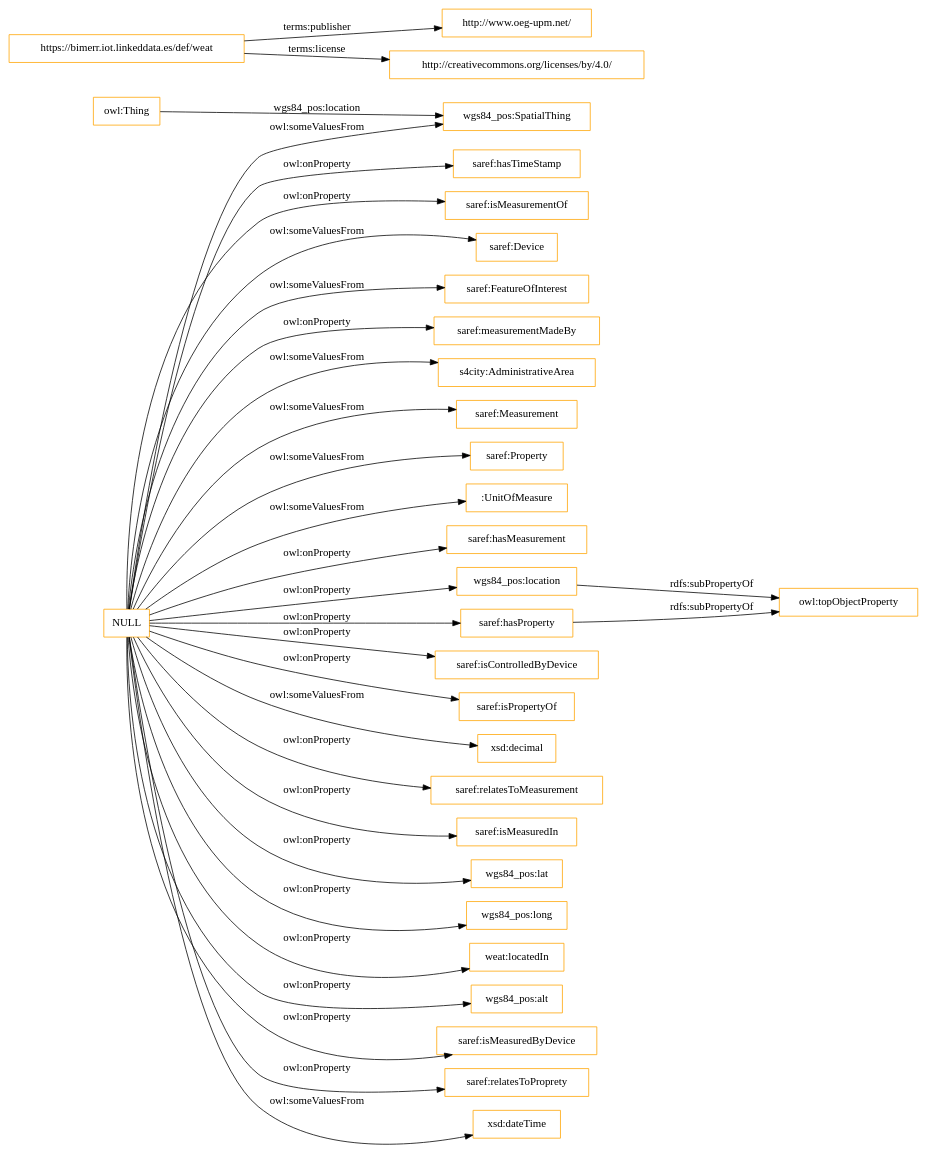
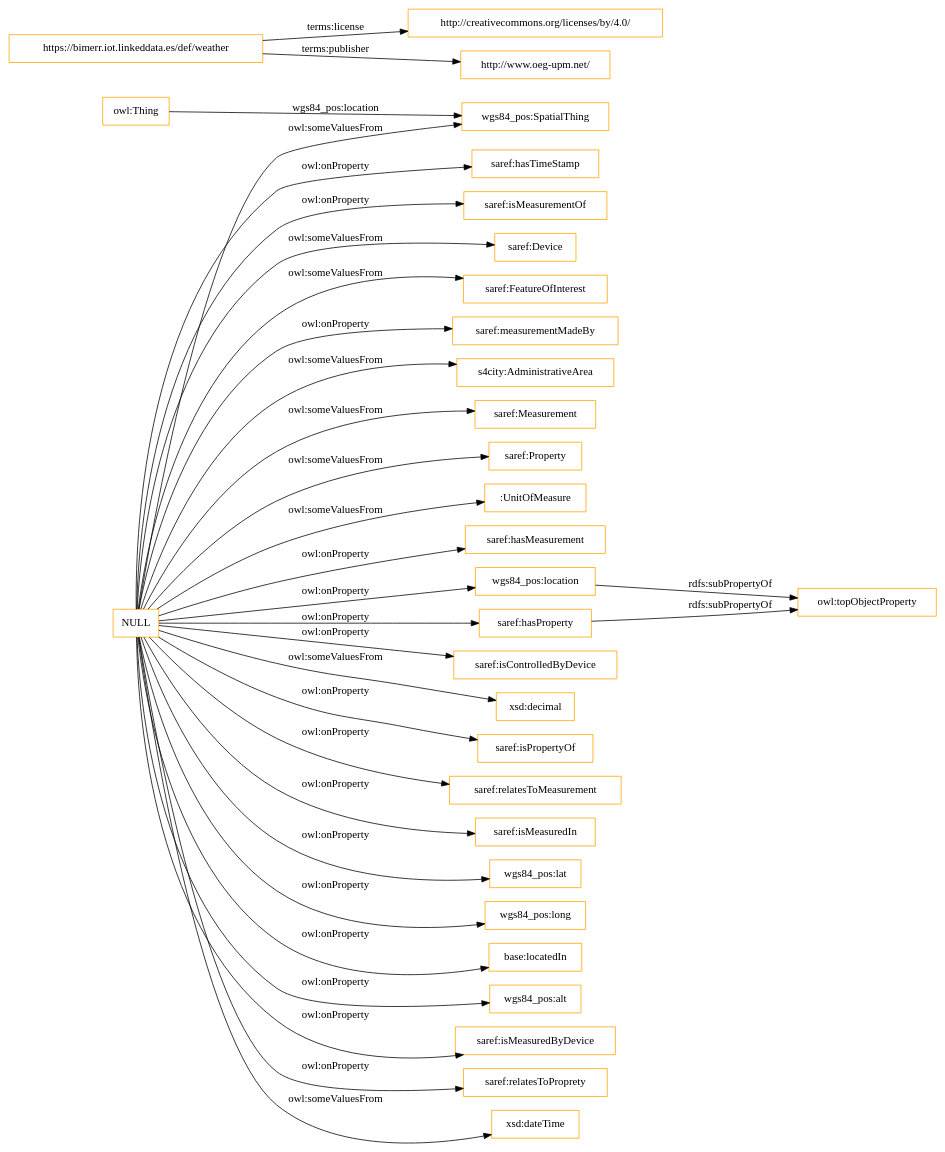
One commit to oeg-upm/bimerr-weather changed the diagram in OnToology/Ontology/ontology.owl/diagrams/ar2dtool-class/ontology.owl.png.dot. Above: the diagram before and after it, drawn with Graphviz. The commit also changed 70 other files, not shown here.

```diff
--- a/OnToology/Ontology/ontology.owl/diagrams/ar2dtool-class/ontology.owl.png.dot
+++ b/OnToology/Ontology/ontology.owl/diagrams/ar2dtool-class/ontology.owl.png.dot
@@ -1,36 +1,36 @@
 digraph ar2dtool_diagram { 
 rankdir=LR;
 size="1501"
 node [shape = rectangle, color="orange"]; "saref:Device" "saref:FeatureOfInterest" "wgs84_pos:SpatialThing" "s4city:AdministrativeArea" "saref:Measurement" "saref:Property" ":UnitOfMeasure" ; /*classes style*/
 	"NULL" -> "saref:hasMeasurement" [ label = "owl:onProperty" ];
 	"NULL" -> "wgs84_pos:location" [ label = "owl:onProperty" ];
 	"NULL" -> "saref:isControlledByDevice" [ label = "owl:onProperty" ];
 	"NULL" -> ":UnitOfMeasure" [ label = "owl:someValuesFrom" ];
 	"NULL" -> "saref:Property" [ label = "owl:someValuesFrom" ];
 	"NULL" -> "saref:Device" [ label = "owl:someValuesFrom" ];
+	"NULL" -> "xsd:decimal" [ label = "owl:someValuesFrom" ];
 	"NULL" -> "saref:isPropertyOf" [ label = "owl:onProperty" ];
-	"NULL" -> "xsd:decimal" [ label = "owl:someValuesFrom" ];
 	"NULL" -> "saref:relatesToMeasurement" [ label = "owl:onProperty" ];
 	"NULL" -> "saref:isMeasuredIn" [ label = "owl:onProperty" ];
 	"NULL" -> "wgs84_pos:lat" [ label = "owl:onProperty" ];
 	"NULL" -> "wgs84_pos:SpatialThing" [ label = "owl:someValuesFrom" ];
 	"NULL" -> "wgs84_pos:long" [ label = "owl:onProperty" ];
-	"NULL" -> "weat:locatedIn" [ label = "owl:onProperty" ];
+	"NULL" -> "base:locatedIn" [ label = "owl:onProperty" ];
 	"NULL" -> "wgs84_pos:alt" [ label = "owl:onProperty" ];
 	"NULL" -> "saref:isMeasuredByDevice" [ label = "owl:onProperty" ];
 	"NULL" -> "saref:relatesToProprety" [ label = "owl:onProperty" ];
 	"NULL" -> "xsd:dateTime" [ label = "owl:someValuesFrom" ];
 	"NULL" -> "saref:hasProperty" [ label = "owl:onProperty" ];
 	"NULL" -> "saref:Measurement" [ label = "owl:someValuesFrom" ];
 	"NULL" -> "saref:hasTimeStamp" [ label = "owl:onProperty" ];
 	"NULL" -> "saref:isMeasurementOf" [ label = "owl:onProperty" ];
 	"NULL" -> "saref:measurementMadeBy" [ label = "owl:onProperty" ];
 	"NULL" -> "s4city:AdministrativeArea" [ label = "owl:someValuesFrom" ];
 	"NULL" -> "saref:FeatureOfInterest" [ label = "owl:someValuesFrom" ];
+	"wgs84_pos:location" -> "owl:topObjectProperty" [ label = "rdfs:subPropertyOf" ];
 	"saref:hasProperty" -> "owl:topObjectProperty" [ label = "rdfs:subPropertyOf" ];
-	"wgs84_pos:location" -> "owl:topObjectProperty" [ label = "rdfs:subPropertyOf" ];
-	"https://bimerr.iot.linkeddata.es/def/weat" -> "http://www.oeg-upm.net/" [ label = "terms:publisher" ];
-	"https://bimerr.iot.linkeddata.es/def/weat" -> "http://creativecommons.org/licenses/by/4.0/" [ label = "terms:license" ];
+	"https://bimerr.iot.linkeddata.es/def/weather" -> "http://creativecommons.org/licenses/by/4.0/" [ label = "terms:license" ];
+	"https://bimerr.iot.linkeddata.es/def/weather" -> "http://www.oeg-upm.net/" [ label = "terms:publisher" ];
 	"owl:Thing" -> "wgs84_pos:SpatialThing" [ label = "wgs84_pos:location" ];
 
 }
```
